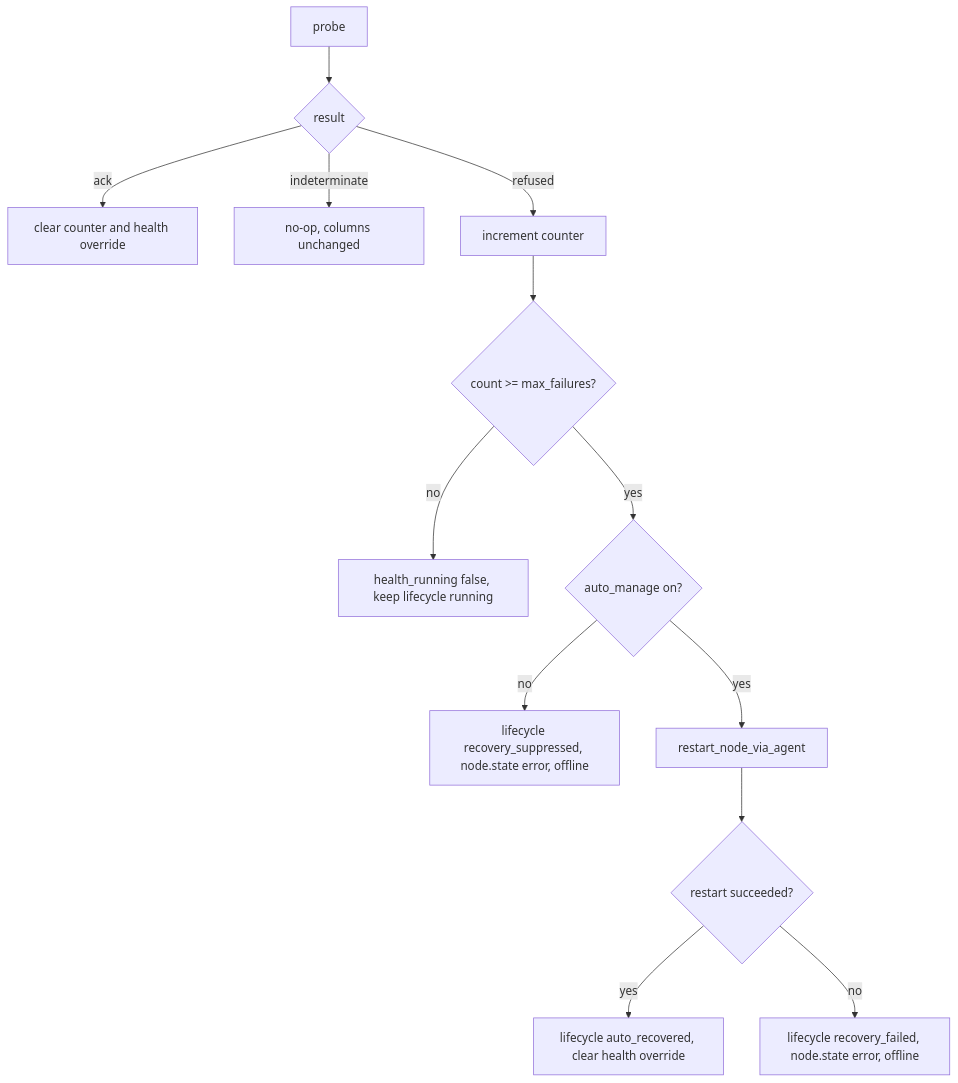
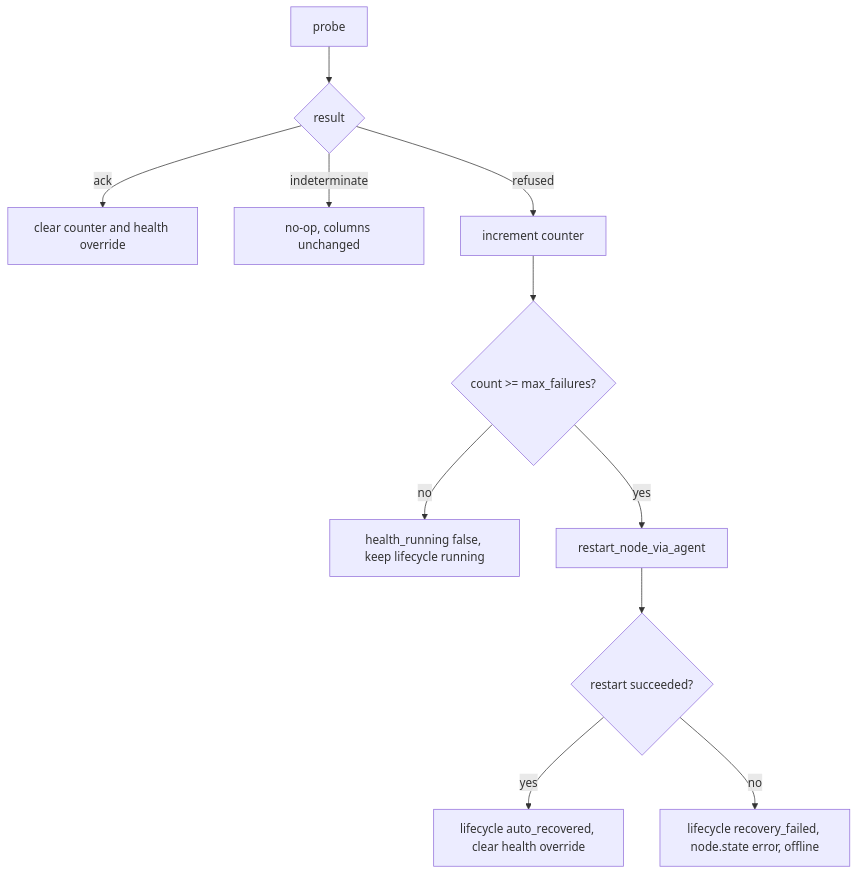
One commit to quidow/gridfleet changed the second of 2 diagrams in docs/design/03-health-and-reconciliation.md. Above: the diagram before and after it, drawn with Mermaid. The commit also changed other lines of this file and 9 other files, not shown here.

Commit message:
docs(docs): remove all auto_manage references from design docs, guides, and runbooks

````diff
--- a/docs/design/03-health-and-reconciliation.md
+++ b/docs/design/03-health-and-reconciliation.md
@@ -158,15 +158,13 @@
 ```mermaid
 flowchart TD
     A["probe"] --> B{"result"}
     B -- ack --> C["clear counter and health override"]
     B -- indeterminate --> D["no-op, columns unchanged"]
     B -- refused --> E["increment counter"]
     E --> F{"count >= max_failures?"}
     F -- no --> G["health_running false, keep lifecycle running"]
-    F -- yes --> H{"auto_manage on?"}
-    H -- no --> I["lifecycle recovery_suppressed, node.state error, offline"]
-    H -- yes --> J["restart_node_via_agent"]
+    F -- yes --> J["restart_node_via_agent"]
     J --> K{"restart succeeded?"}
     K -- yes --> L["lifecycle auto_recovered, clear health override"]
     K -- no --> M["lifecycle recovery_failed, node.state error, offline"]
 ```
````
